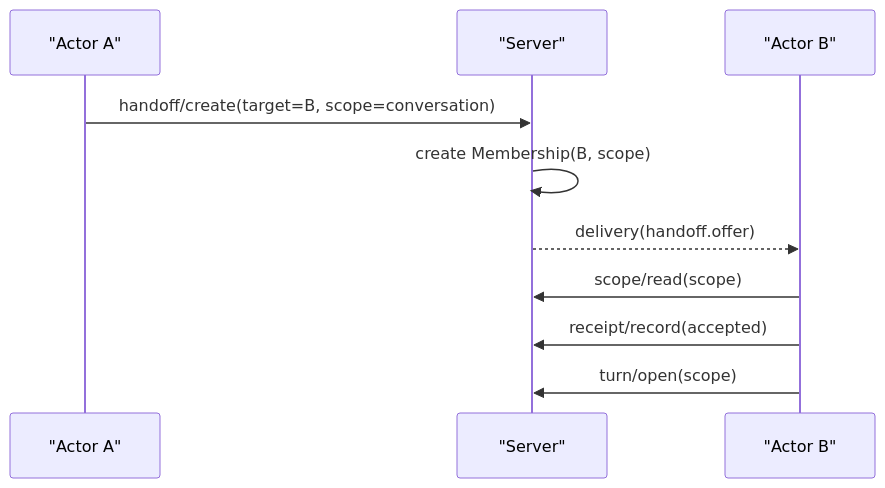
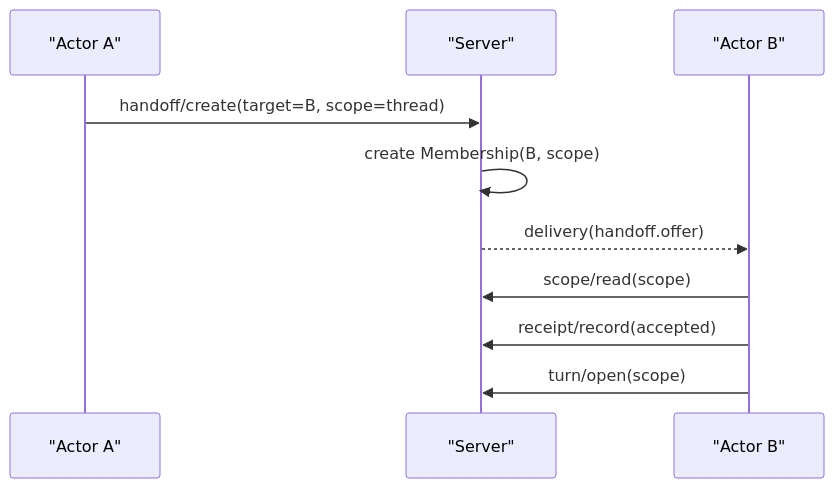
One commit to wyw-ai/loom changed the third of 5 diagrams in docs/protocol/open-multi-actor-collaboration-protocol-v0.md. Above: the diagram before and after it, drawn with Mermaid. The commit also changed other lines of this file and 29 other files, not shown here.

````diff
--- a/docs/protocol/open-multi-actor-collaboration-protocol-v0.md
+++ b/docs/protocol/open-multi-actor-collaboration-protocol-v0.md
@@ -499,13 +504,13 @@
 ```mermaid
 sequenceDiagram
   participant A as "Actor A"
   participant S as "Server"
   participant B as "Actor B"
 
-  A->>S: handoff/create(target=B, scope=conversation)
+  A->>S: handoff/create(target=B, scope=thread)
   S->>S: create Membership(B, scope)
   S-->>B: delivery(handoff.offer)
   B->>S: scope/read(scope)
   B->>S: receipt/record(accepted)
   B->>S: turn/open(scope)
 ```
````
